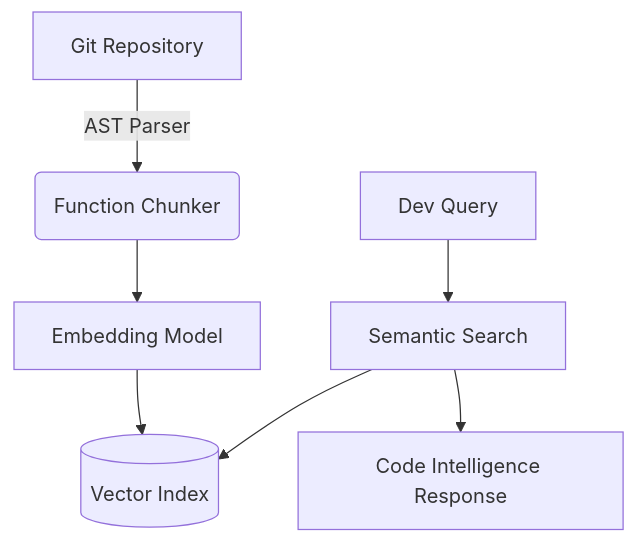
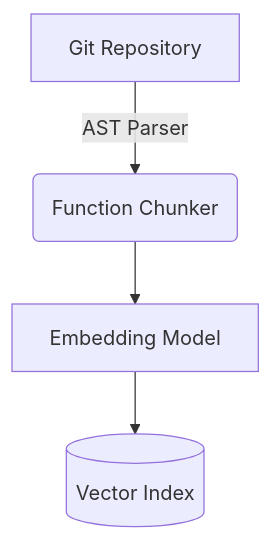
The diagram in README.md (dev4aibots/semantic-code-search), drawn with Mermaid before and after one commit. The commit also changed other lines of this file, not shown here.

````diff
--- a/README.md
+++ b/README.md
@@ -29,9 +48,6 @@
 ```mermaid
 flowchart TD
     A[Git Repository] -->|AST Parser| B(Function Chunker)
     B --> C[Embedding Model]
     C --> D[(Vector Index)]
-    E[Dev Query] --> F[Semantic Search]
-    F --> D
-    F --> G[Code Intelligence Response]
 ```
````
